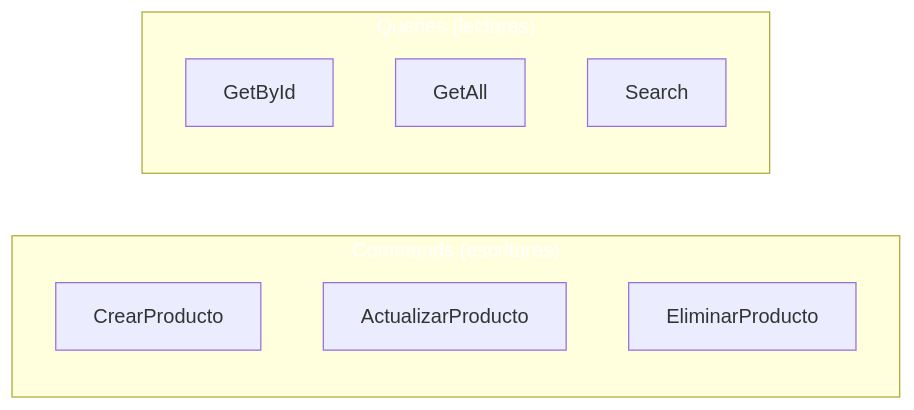
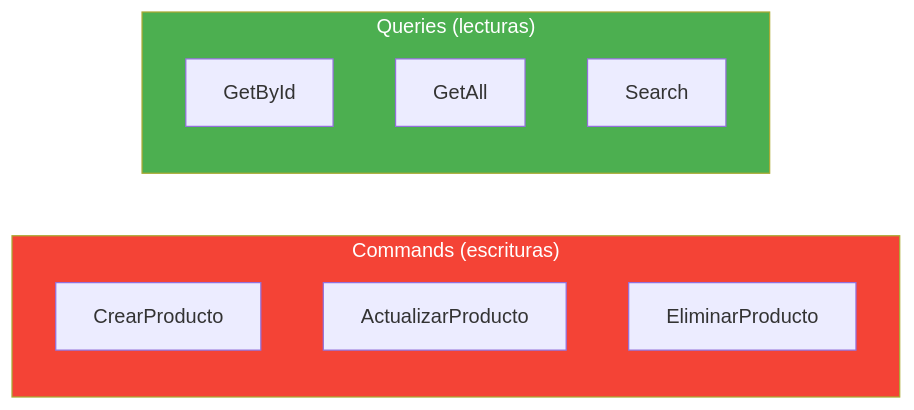
Before and after one commit to joseluisgs/DesarrolloWebEntornosServidor-02-2026-2027: the fifth of 8 diagrams in 11-clean-architecture.md, drawn with Mermaid. The commit also changed other lines of this file and 29 other files, not shown here.

Commit message:
docs: corregir estilos Mermaid y estilo, quitar referencias a la Tienda y reestructurar los retos 13 y 15

````diff
--- a/11-clean-architecture.md
+++ b/11-clean-architecture.md
@@ -371,17 +371,17 @@
 ```mermaid
 flowchart LR
     subgraph COMMANDS["Commands (escrituras)"]
         C1["CrearProducto"]
         C2["ActualizarProducto"]
         C3["EliminarProducto"]
     end
 
     subgraph QUERIES["Queries (lecturas)"]
         Q1["GetById"]
         Q2["GetAll"]
         Q3["Search"]
     end
 
-    style COMMANDS fill:#f4433,color:#fff6,color:#fff
-    style QUERIES fill:#4CAF5,color:#fff0,color:#fff
+    style COMMANDS fill:#f44336,color:#fff
+    style QUERIES fill:#4CAF50,color:#fff
 ```
````
